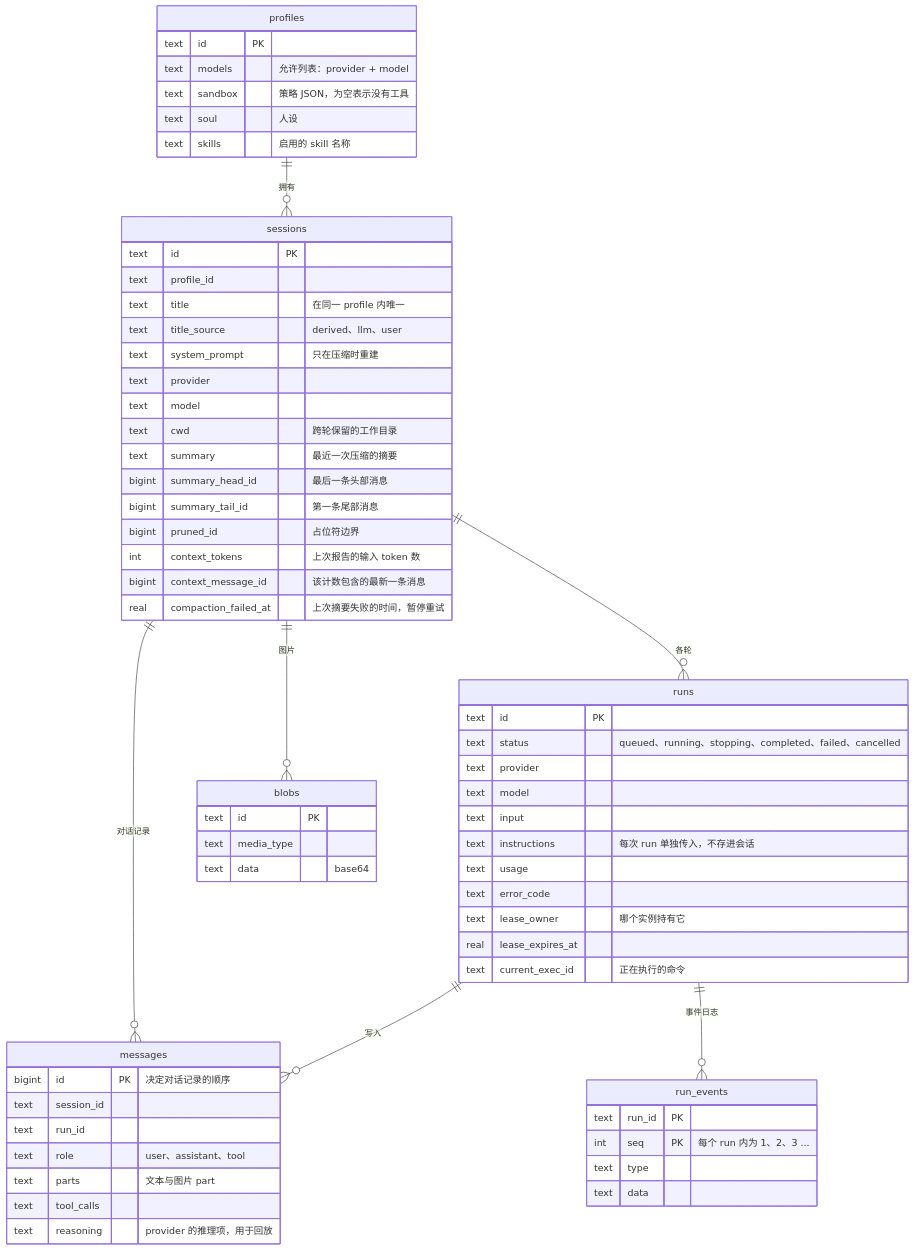
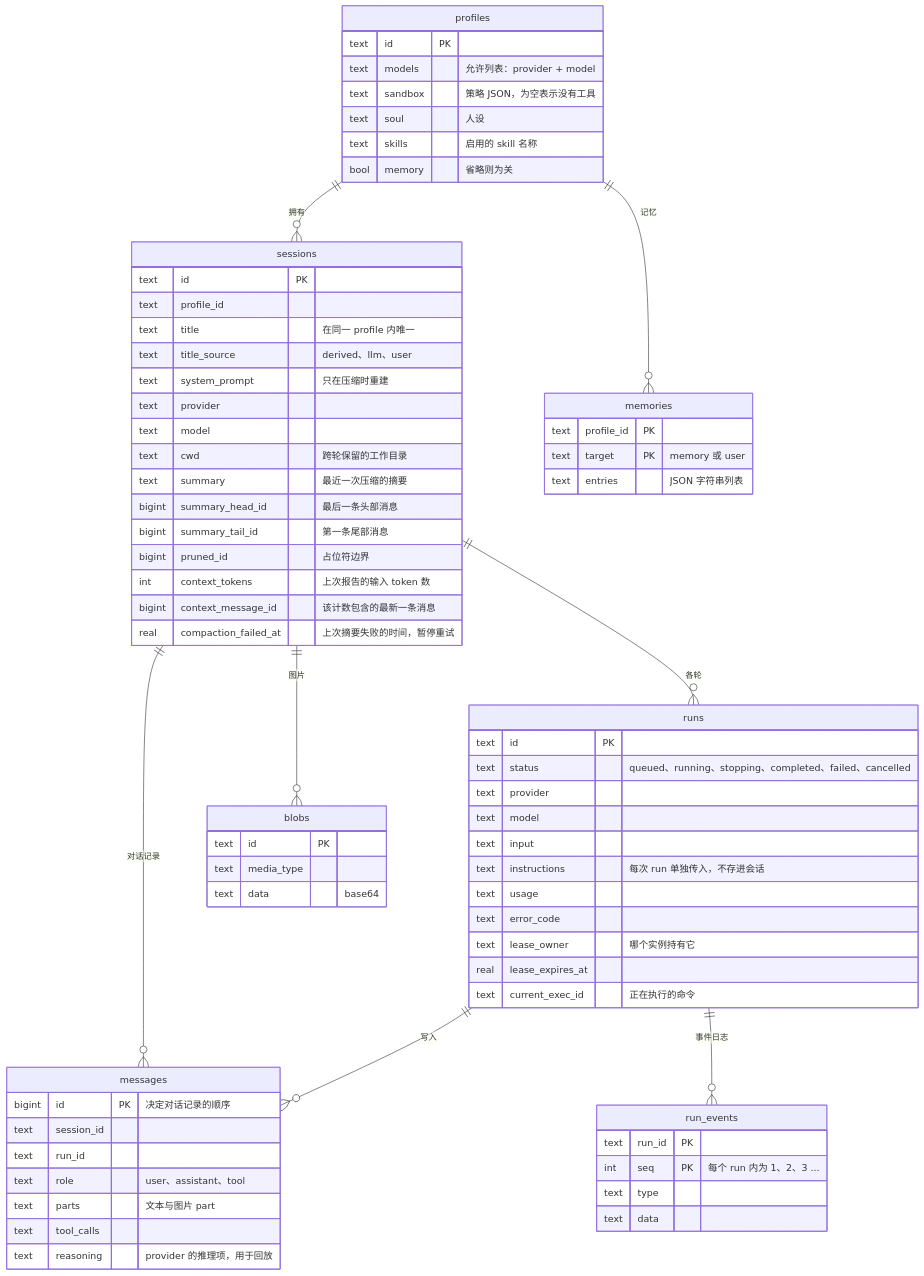
Before and after one commit to ryang420/agent-keel: the second of 9 diagrams in docs/architecture_zh.md, drawn with Mermaid. The commit also changed other lines of this file and 9 other files, not shown here.

````diff
--- a/docs/architecture_zh.md
+++ b/docs/architecture_zh.md
@@ -91,67 +94,74 @@
 ```mermaid
 erDiagram
     profiles ||--o{ sessions : "拥有"
+    profiles ||--o{ memories : "记忆"
     sessions ||--o{ messages : "对话记录"
     sessions ||--o{ runs : "各轮"
     sessions ||--o{ blobs : "图片"
     runs ||--o{ run_events : "事件日志"
     runs ||--o{ messages : "写入"
 
     profiles {
         text id PK
         text models "允许列表：provider + model"
         text sandbox "策略 JSON，为空表示没有工具"
         text soul "人设"
         text skills "启用的 skill 名称"
+        bool memory "省略则为关"
+    }
+    memories {
+        text profile_id PK
+        text target PK "memory 或 user"
+        text entries "JSON 字符串列表"
     }
     sessions {
         text id PK
         text profile_id
         text title "在同一 profile 内唯一"
         text title_source "derived、llm、user"
         text system_prompt "只在压缩时重建"
         text provider
         text model
         text cwd "跨轮保留的工作目录"
         text summary "最近一次压缩的摘要"
         bigint summary_head_id "最后一条头部消息"
         bigint summary_tail_id "第一条尾部消息"
         bigint pruned_id "占位符边界"
         int context_tokens "上次报告的输入 token 数"
         bigint context_message_id "该计数包含的最新一条消息"
         real compaction_failed_at "上次摘要失败的时间，暂停重试"
     }
     messages {
         bigint id PK "决定对话记录的顺序"
         text session_id
         text run_id
         text role "user、assistant、tool"
         text parts "文本与图片 part"
         text tool_calls
         text reasoning "provider 的推理项，用于回放"
     }
     runs {
         text id PK
         text status "queued、running、stopping、completed、failed、cancelled"
         text provider
         text model
         text input
         text instructions "每次 run 单独传入，不存进会话"
         text usage
         text error_code
         text lease_owner "哪个实例持有它"
         real lease_expires_at
         text current_exec_id "正在执行的命令"
     }
     run_events {
         text run_id PK
         int seq PK "每个 run 内为 1、2、3 ..."
         text type
         text data
     }
     blobs {
         text id PK
         text media_type
         text data "base64"
     }
 ```
````
